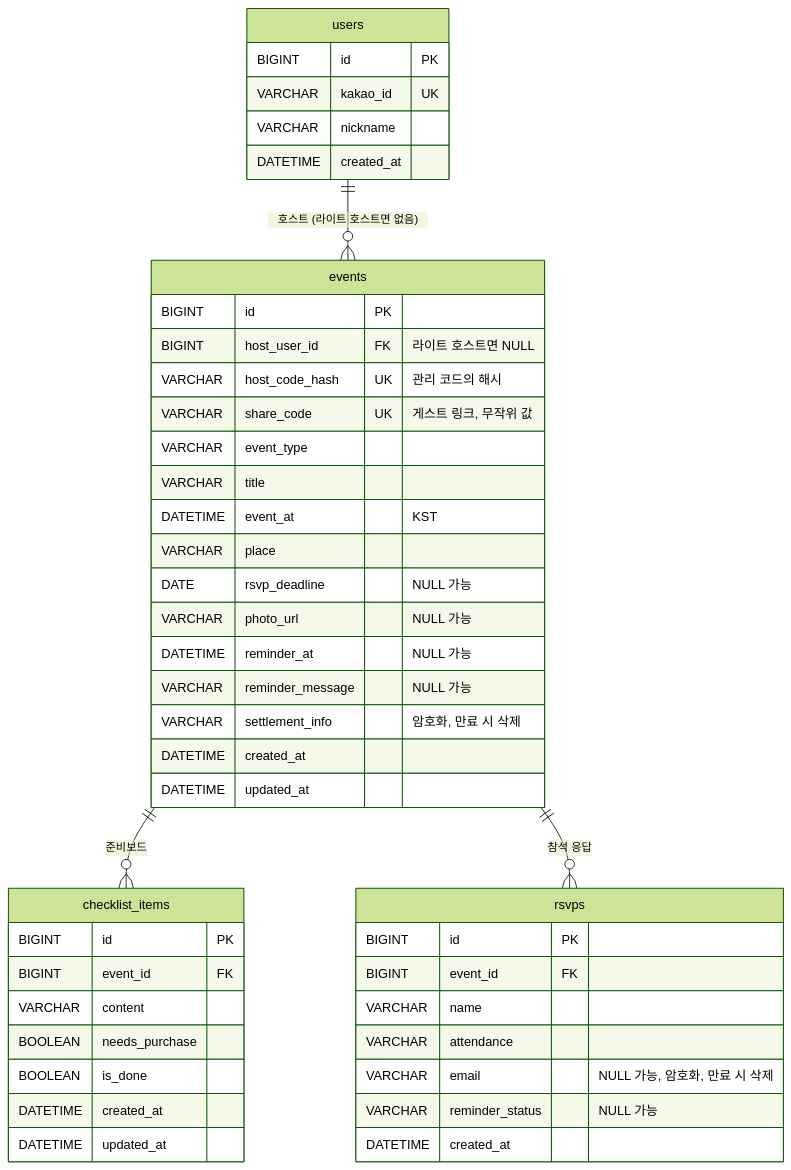
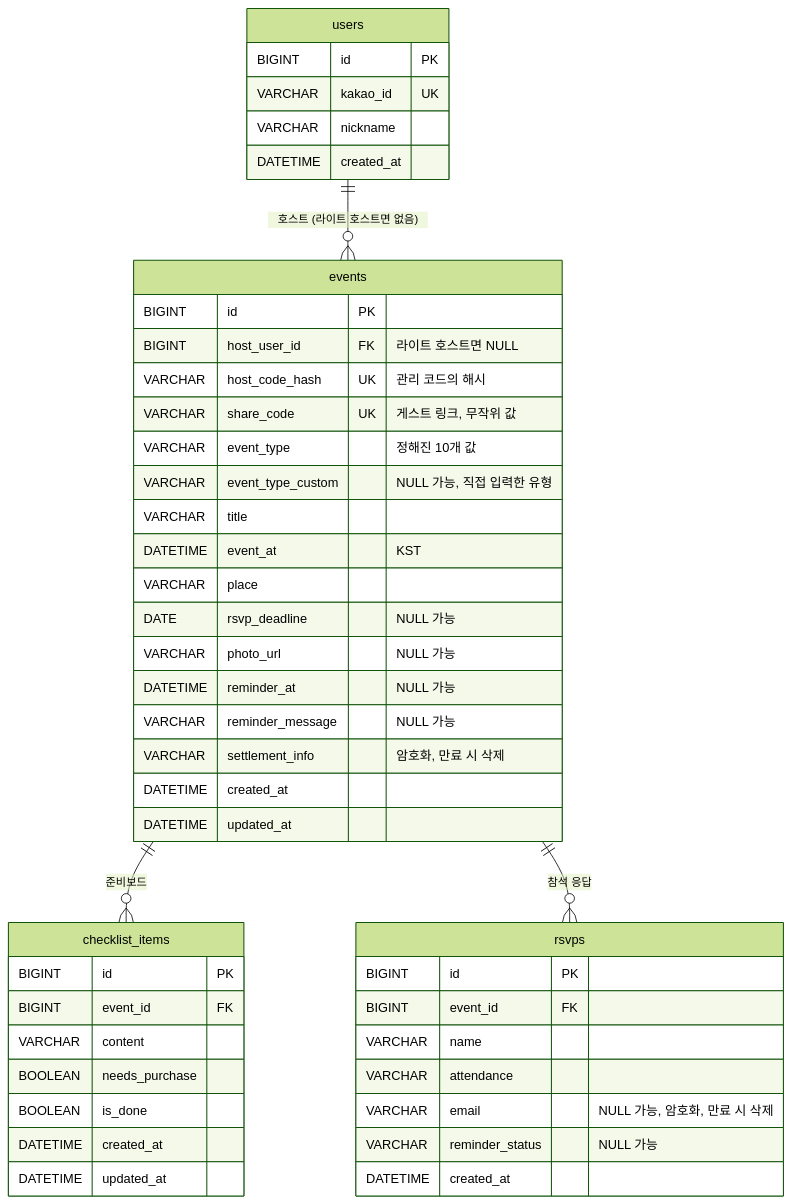
One commit to SWYP-16-WEB/SWYP-INVITE-BE changed the diagram in docs/backend.md. Above: the diagram before and after it, drawn with Mermaid (forest theme). The commit also changed other lines of this file, not shown here.

````diff
--- a/docs/backend.md
+++ b/docs/backend.md
@@ -174,48 +177,49 @@
 ```mermaid
 erDiagram
     users ||--o{ events : "호스트 (라이트 호스트면 없음)"
     events ||--o{ checklist_items : "준비보드"
     events ||--o{ rsvps : "참석 응답"
 
     users {
         BIGINT id PK
         VARCHAR kakao_id UK
         VARCHAR nickname
         DATETIME created_at
     }
     events {
         BIGINT id PK
         BIGINT host_user_id FK "라이트 호스트면 NULL"
         VARCHAR host_code_hash UK "관리 코드의 해시"
         VARCHAR share_code UK "게스트 링크, 무작위 값"
-        VARCHAR event_type
+        VARCHAR event_type "정해진 10개 값"
+        VARCHAR event_type_custom "NULL 가능, 직접 입력한 유형"
         VARCHAR title
         DATETIME event_at "KST"
         VARCHAR place
         DATE rsvp_deadline "NULL 가능"
         VARCHAR photo_url "NULL 가능"
         DATETIME reminder_at "NULL 가능"
         VARCHAR reminder_message "NULL 가능"
         VARCHAR settlement_info "암호화, 만료 시 삭제"
         DATETIME created_at
         DATETIME updated_at
     }
     checklist_items {
         BIGINT id PK
         BIGINT event_id FK
         VARCHAR content
         BOOLEAN needs_purchase
         BOOLEAN is_done
         DATETIME created_at
         DATETIME updated_at
     }
     rsvps {
         BIGINT id PK
         BIGINT event_id FK
         VARCHAR name
         VARCHAR attendance
         VARCHAR email "NULL 가능, 암호화, 만료 시 삭제"
         VARCHAR reminder_status "NULL 가능"
         DATETIME created_at
     }
 ```
````
